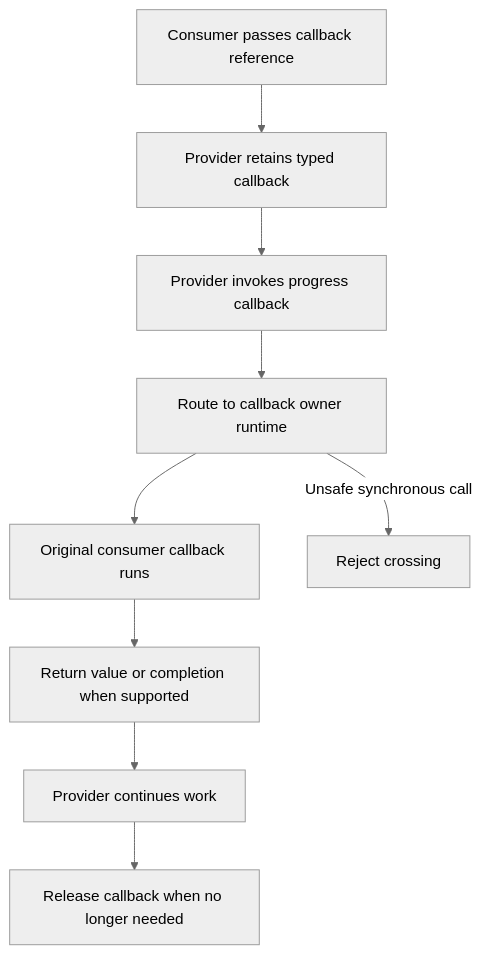
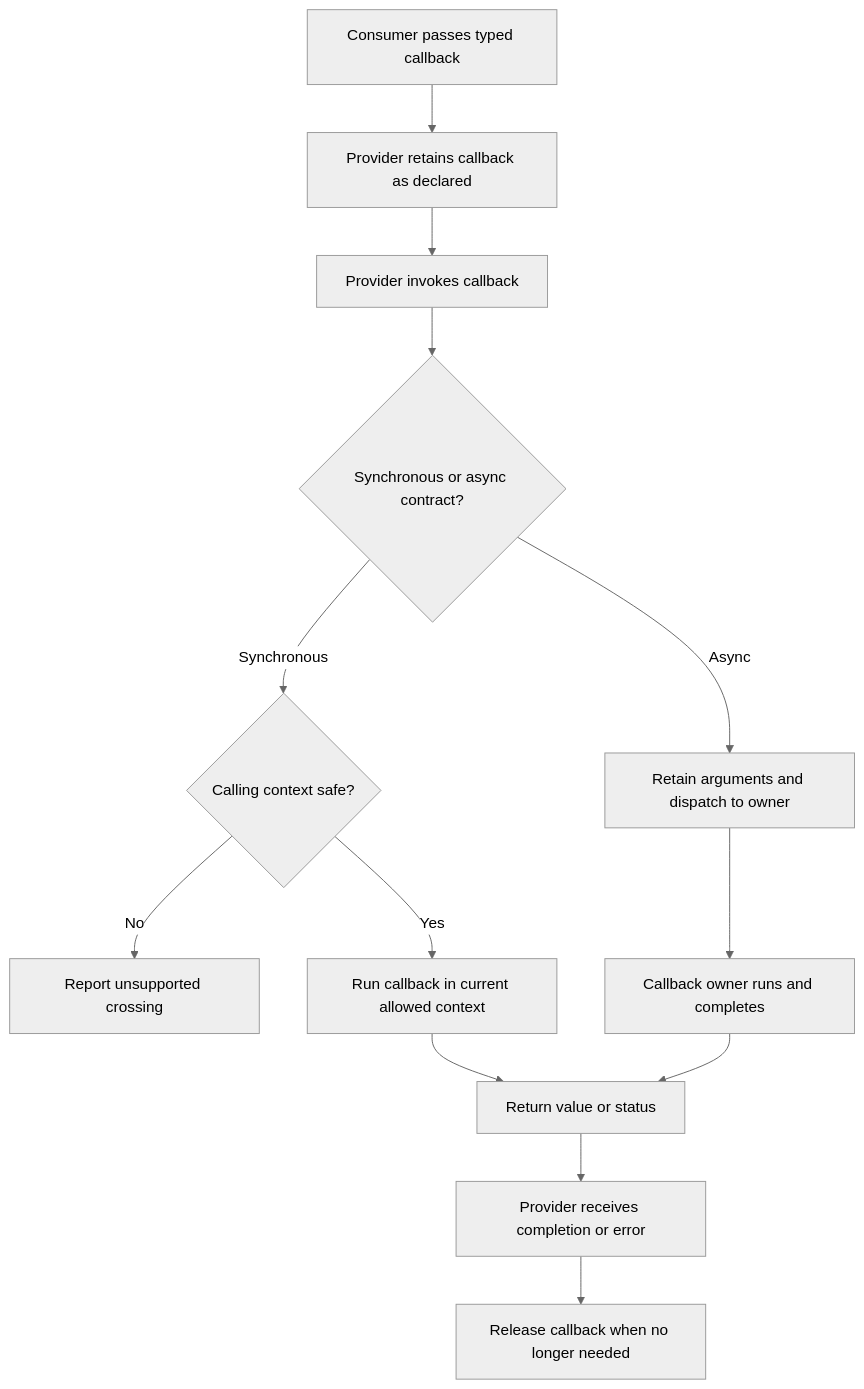
Before and after one commit to polyglue/polyglue: diagram 25 of 39 in PROJECT.md, drawn with Mermaid (neutral theme). The commit also changed other lines of this file and 2 other files, not shown here.

Commit message:
docs: clarify callback contracts and bidirectional feature flows

````diff
--- a/PROJECT.md
+++ b/PROJECT.md
@@ -2593,11 +2686,15 @@
 ```mermaid
 flowchart TD
-    A["Consumer passes callback reference"] --> B["Provider retains typed callback"]
-    B --> C["Provider invokes progress callback"]
-    C --> D["Route to callback owner runtime"]
-    D --> E["Original consumer callback runs"]
-    E --> F["Return value or completion when supported"]
-    F --> G["Provider continues work"]
-    G --> H["Release callback when no longer needed"]
-    D -->|Unsafe synchronous call| X["Reject crossing"]
+    A["Consumer passes typed callback"] --> B["Provider retains callback as declared"]
+    B --> C["Provider invokes callback"]
+    C --> D{"Synchronous or async contract?"}
+    D -->|Synchronous| E{"Calling context safe?"}
+    E -->|No| X["Report unsupported crossing"]
+    E -->|Yes| F["Run callback in current allowed context"]
+    D -->|Async| G["Retain arguments and dispatch to owner"]
+    G --> H["Callback owner runs and completes"]
+    F --> I["Return value or status"]
+    H --> I
+    I --> J["Provider receives completion or error"]
+    J --> K["Release callback when no longer needed"]
 ```
````
